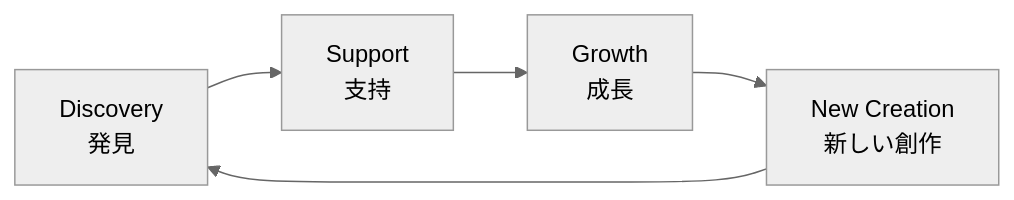
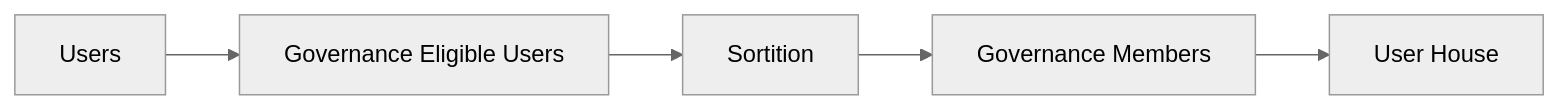
One commit to ShigeichiroYamasaki/creator-first-platform changed the fifth of 17 diagrams in docs/whitepaper/01-vision.md. Above: the diagram before and after it, drawn with Mermaid (neutral theme). The commit also changed other lines of this file and 1 other file, not shown here.

````diff
--- a/docs/whitepaper/01-vision.md
+++ b/docs/whitepaper/01-vision.md
@@ -116,7 +127,10 @@
 ```mermaid
 flowchart LR
-    D[Discovery<br/>発見] --> S[Support<br/>支持]
-    S --> G[Growth<br/>成長]
-    G --> N[New Creation<br/>新しい創作]
-    N --> D
+    USERS[Users]
+    ELIGIBLE[Governance Eligible Users]
+    SORT[Sortition]
+    MEMBER[Governance Members]
+    HOUSE[User House]
+
+    USERS --> ELIGIBLE --> SORT --> MEMBER --> HOUSE
 ```
````
